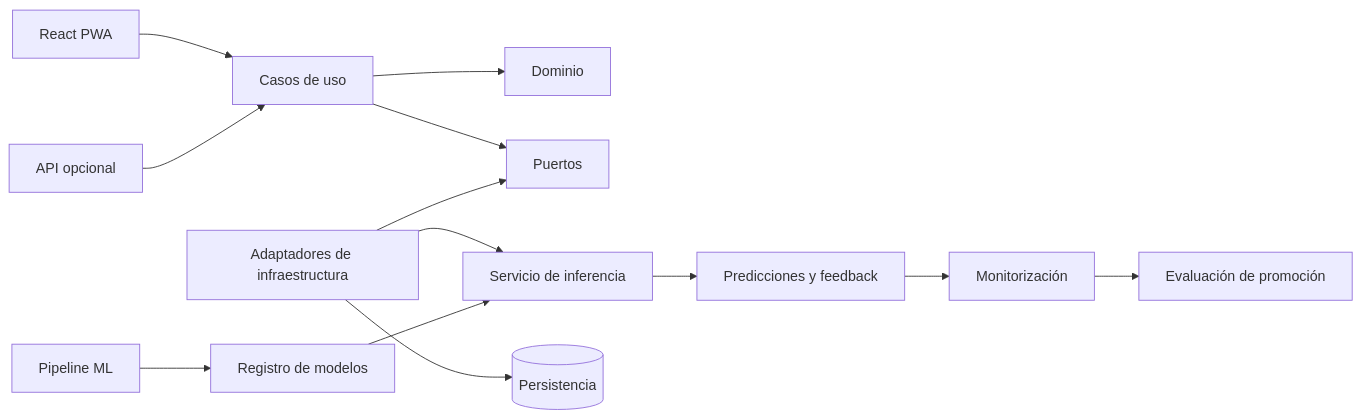
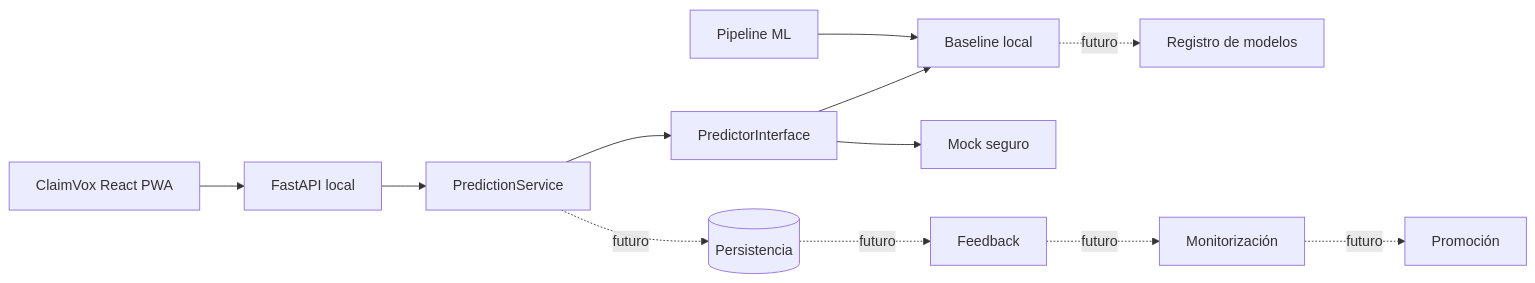
The diagram in docs/architecture/system_blueprint.md (Bootcamp-IA-MAD-P7/Proyecto6-Grupo1), drawn with Mermaid before and after one commit. The commit also changed other lines of this file and 41 other files, not shown here.

Commit message:
feat: harden ClaimVox MVP readiness

````diff
--- a/docs/architecture/system_blueprint.md
+++ b/docs/architecture/system_blueprint.md
@@ -9,15 +11,14 @@
 ```mermaid
 flowchart LR
-    UI[React PWA] --> APP[Casos de uso]
-    API[API opcional] --> APP
-    APP --> DOMAIN[Dominio]
-    APP --> PORTS[Puertos]
-    ADAPTERS[Adaptadores de infraestructura] --> PORTS
-    ADAPTERS --> MODEL[Servicio de inferencia]
-    ADAPTERS --> DB[(Persistencia)]
-    ML[Pipeline ML] --> REGISTRY[Registro de modelos]
-    REGISTRY --> MODEL
-    MODEL --> EVENTS[Predicciones y feedback]
-    EVENTS --> MONITOR[Monitorización]
-    MONITOR --> PROMOTION[Evaluación de promoción]
+    UI[ClaimVox React PWA] --> API[FastAPI local]
+    API --> APP[PredictionService]
+    APP --> PORTS[PredictorInterface]
+    PORTS --> MODEL[Baseline local]
+    PORTS --> MOCK[Mock seguro]
+    ML[Pipeline ML] --> MODEL
+    APP -. futuro .-> DB[(Persistencia)]
+    MODEL -. futuro .-> REGISTRY[Registro de modelos]
+    DB -. futuro .-> EVENTS[Feedback]
+    EVENTS -. futuro .-> MONITOR[Monitorización]
+    MONITOR -. futuro .-> PROMOTION[Promoción]
 ```
````
